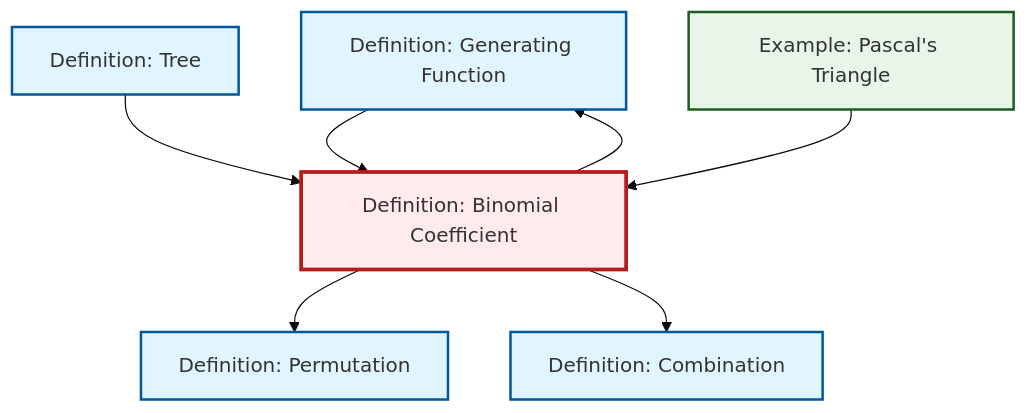
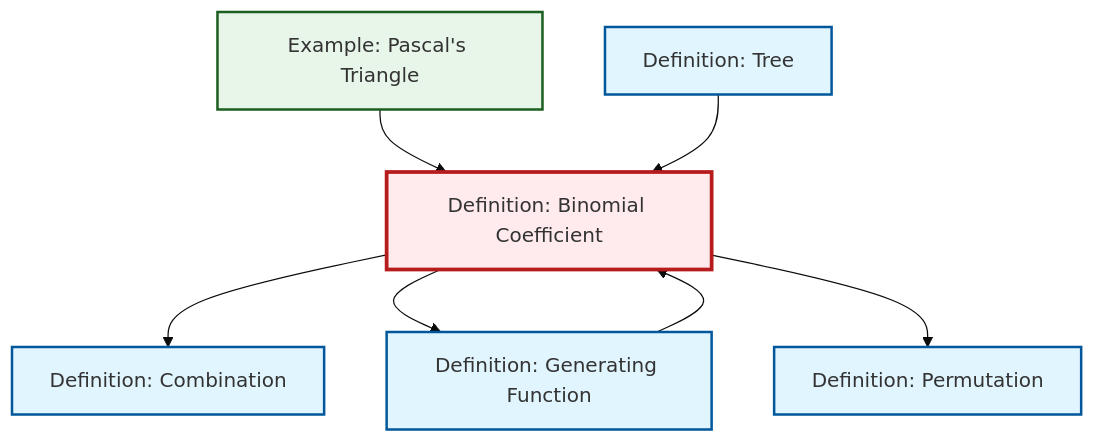
Before and after one commit to RK0429/ModernMath: the diagram in content/ja/combinatorics/def-binomial-coefficient.qmd, drawn with Mermaid (base theme). The commit also changed other lines of this file and 597 other files, not shown here.

````diff
--- a/content/ja/combinatorics/def-binomial-coefficient.qmd
+++ b/content/ja/combinatorics/def-binomial-coefficient.qmd
@@ -67,27 +67,27 @@
 ```{mermaid}
 %%| fig-cap: "Local dependency graph"
 graph TD
     classDef definition fill:#e1f5fe,stroke:#01579b,stroke-width:2px
     classDef theorem fill:#f3e5f5,stroke:#4a148c,stroke-width:2px
     classDef axiom fill:#fff3e0,stroke:#e65100,stroke-width:2px
     classDef example fill:#e8f5e9,stroke:#1b5e20,stroke-width:2px
     classDef current fill:#ffebee,stroke:#b71c1c,stroke-width:3px
+    def-combination["Definition: Combination"]:::definition
+    def-binomial-coefficient["Definition: Binomial Coefficient"]:::definition
     def-generating-function["Definition: Generating Function"]:::definition
-    def-combination["Definition: Combination"]:::definition
-    def-tree["Definition: Tree"]:::definition
-    def-binomial-coefficient["Definition: Binomial Coefficient"]:::definition
     ex-pascals-triangle["Example: Pascal's Triangle"]:::example
     def-permutation["Definition: Permutation"]:::definition
+    def-tree["Definition: Tree"]:::definition
+    def-binomial-coefficient --> def-combination
+    def-binomial-coefficient --> def-generating-function
+    ex-pascals-triangle --> def-binomial-coefficient
+    def-binomial-coefficient --> def-permutation
     def-generating-function --> def-binomial-coefficient
-    def-binomial-coefficient --> def-permutation
-    def-binomial-coefficient --> def-generating-function
-    def-binomial-coefficient --> def-combination
     def-tree --> def-binomial-coefficient
-    ex-pascals-triangle --> def-binomial-coefficient
     class def-binomial-coefficient current
+    click def-combination "def-combination.html" "Definition: Combinationへ"
     click def-generating-function "def-generating-function.html" "Definition: Generating Functionへ"
-    click def-combination "def-combination.html" "Definition: Combinationへ"
-    click def-tree "def-tree.html" "Definition: Treeへ"
     click ex-pascals-triangle "ex-pascals-triangle.html" "Example: Pascal's Triangleへ"
     click def-permutation "def-permutation.html" "Definition: Permutationへ"
+    click def-tree "def-tree.html" "Definition: Treeへ"
 ```
````
